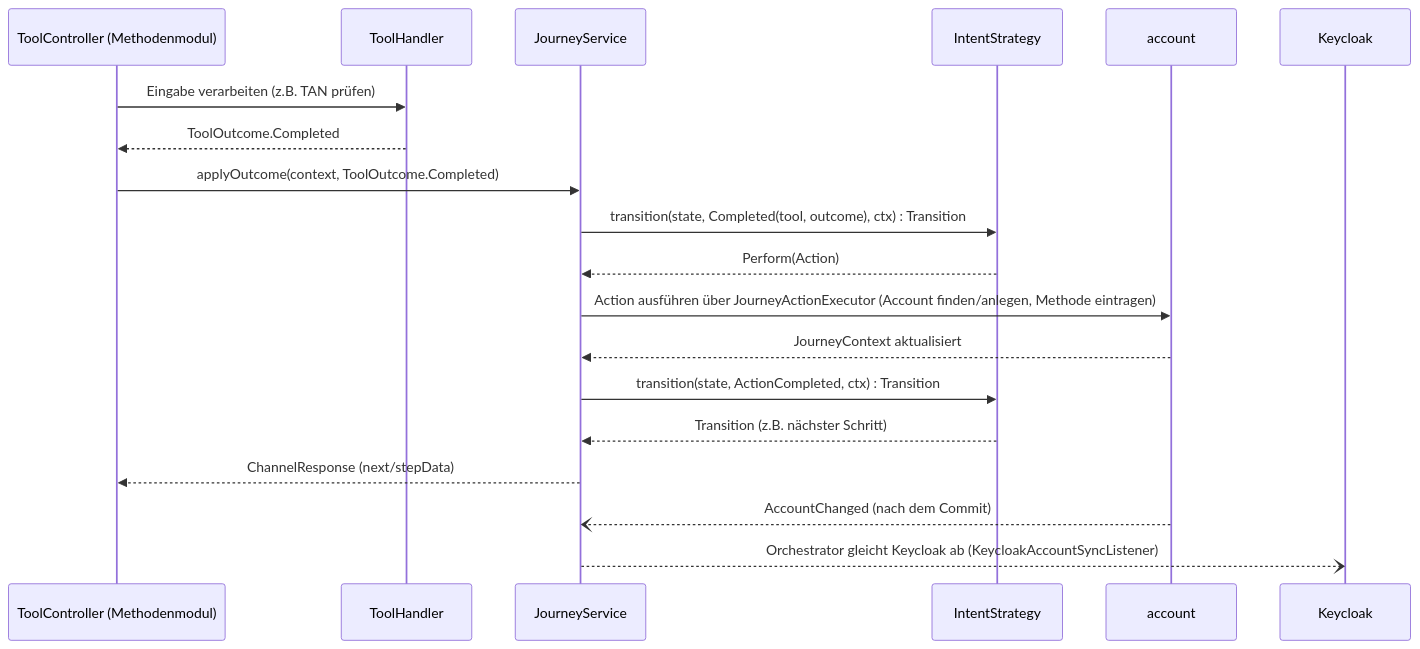
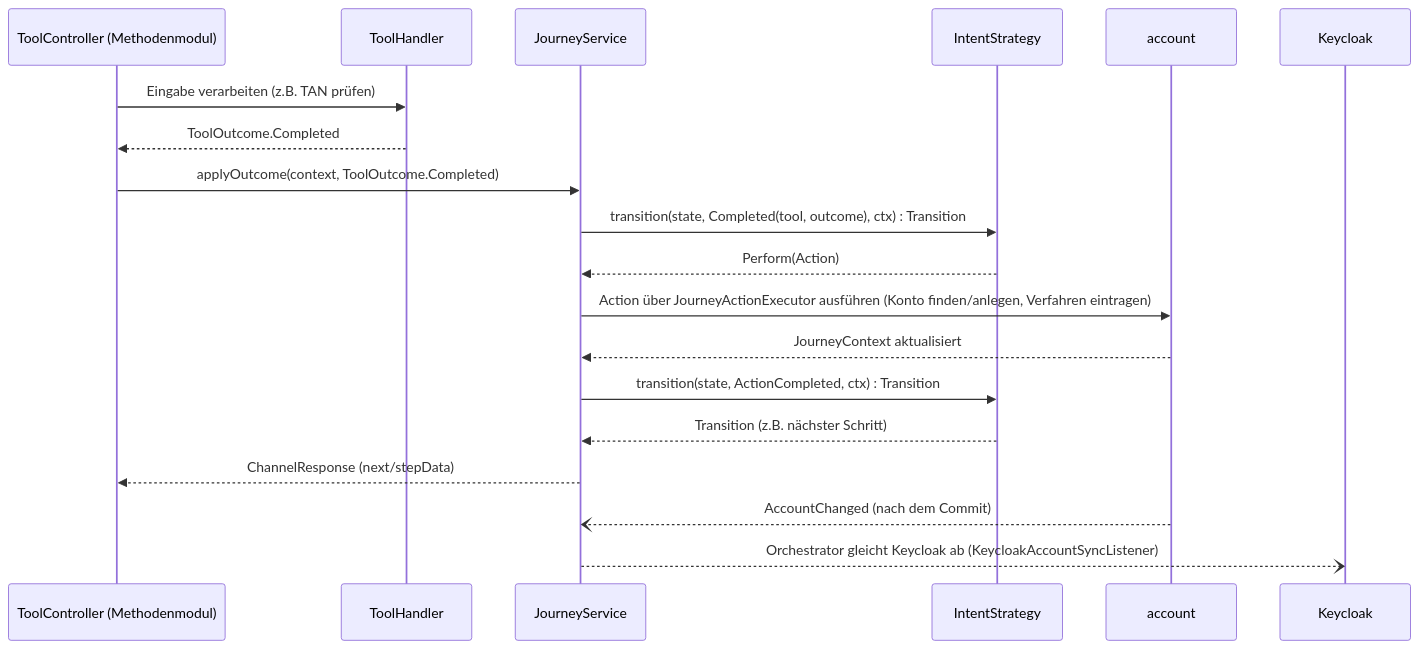
Before and after one commit to rpreissel/DPoP-demo: the second of 2 diagrams in docs/03-tool-architektur.md, drawn with Mermaid. The commit also changed other lines of this file and 67 other files, not shown here.

````diff
--- a/docs/03-tool-architektur.md
+++ b/docs/03-tool-architektur.md
@@ -51,23 +52,23 @@
 ```mermaid
 sequenceDiagram
   participant TC as ToolController (Methodenmodul)
   participant TH as ToolHandler
   participant JS as JourneyService
   participant IS as IntentStrategy
   participant AC as account
   participant KC as Keycloak
 
   TC->>TH: Eingabe verarbeiten (z.B. TAN prüfen)
   TH-->>TC: ToolOutcome.Completed
 
   TC->>JS: applyOutcome(context, ToolOutcome.Completed)
   JS->>IS: transition(state, Completed(tool, outcome), ctx) : Transition
   IS-->>JS: Perform(Action)
-  JS->>AC: Action ausführen über JourneyActionExecutor (Account finden/anlegen, Methode eintragen)
+  JS->>AC: Action über JourneyActionExecutor ausführen (Konto finden/anlegen, Verfahren eintragen)
   AC-->>JS: JourneyContext aktualisiert
   JS->>IS: transition(state, ActionCompleted, ctx) : Transition
   IS-->>JS: Transition (z.B. nächster Schritt)
   JS-->>TC: ChannelResponse (next/stepData)
   AC--)JS: AccountChanged (nach dem Commit)
   JS--)KC: Orchestrator gleicht Keycloak ab (KeycloakAccountSyncListener)
 ```
````
